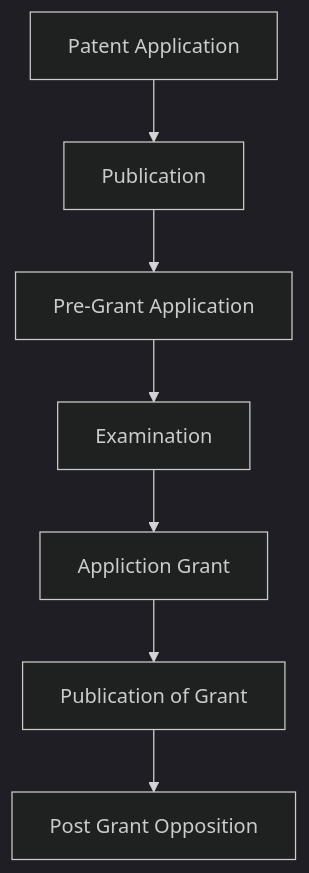
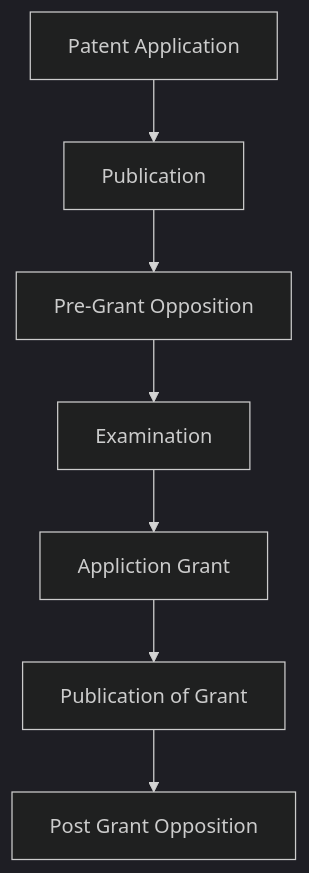
The first of 2 diagrams in IV/IIPME/IIPME V.md (random-goose/Notes-Vault), drawn with Mermaid (dark theme) before and after one commit. The commit also changed other lines of this file and 1 other file, not shown here.

Commit message:
vault auto backup: 2024-07-18 23:31:10

````diff
--- a/IV/IIPME/IIPME V.md
+++ b/IV/IIPME/IIPME V.md
@@ -42,9 +42,9 @@
 ```mermaid
 graph TD
 	A[Patent Application] --> B[Publication]
-	B --> C[Pre-Grant Application]
+	B --> C[Pre-Grant Opposition]
 	C --> D[Examination]
 	D --> E[Appliction Grant]
 	E --> F[Publication of Grant]
 	F --> G[Post Grant Opposition]
 ```
````
